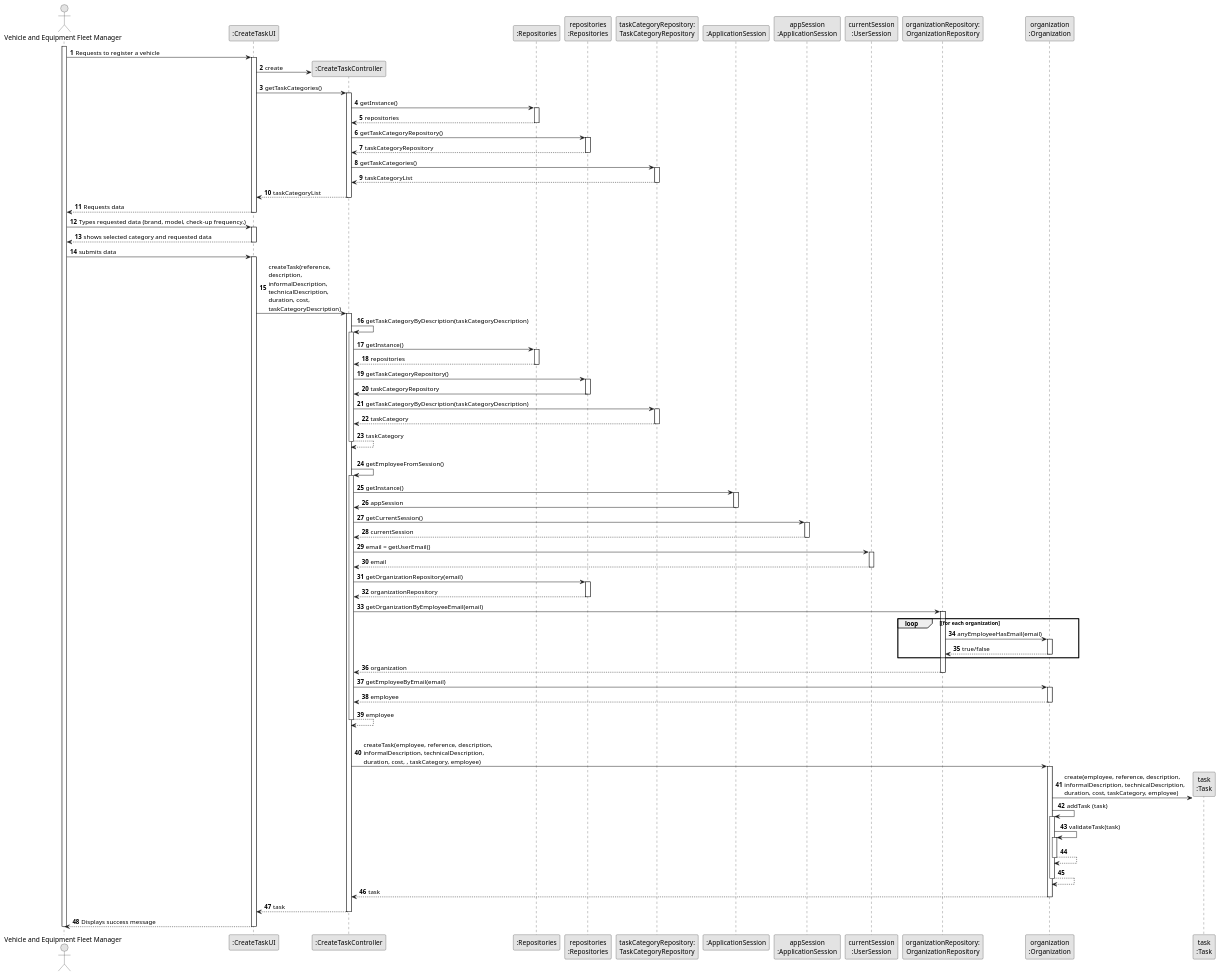
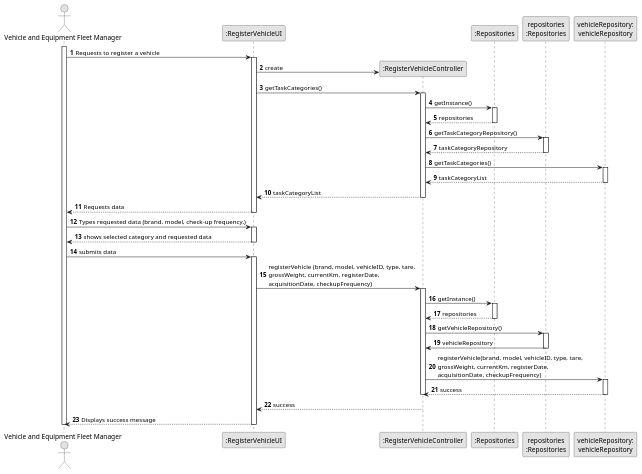
Before and after one commit to Departamento-de-Engenharia-Informatica/lei-24-s2-1df-1de-g063: the diagram in docs/sprint B/us006/03.design/puml/us006-sequence-diagram-full.puml, drawn with PlantUML.

Commit message:
atualizaçoes SD US006

```diff
--- a/docs/sprint B/us006/03.design/puml/us006-sequence-diagram-full.puml
+++ b/docs/sprint B/us006/03.design/puml/us006-sequence-diagram-full.puml
@@ -1,175 +1,100 @@
 @startuml
 skinparam monochrome true
 skinparam packageStyle rectangle
 skinparam shadowing false
 
 autonumber
 
 'hide footbox
 actor "Vehicle and Equipment Fleet Manager" as ADM
-participant ":CreateTaskUI" as UI
-participant ":CreateTaskController" as CTRL
+participant ":RegisterVehicleUI" as UI
+participant ":RegisterVehicleController" as CTRL
 participant ":Repositories" as RepositorySingleton
 participant "repositories\n:Repositories" as PLAT
-participant "taskCategoryRepository:\nTaskCategoryRepository" as TaskCategoryRepository
-participant ":ApplicationSession" as _APP
-participant "appSession\n:ApplicationSession" as APP
-participant "currentSession\n:UserSession" as SESSAO
-participant "organizationRepository:\nOrganizationRepository" as OrganizationRepository
-participant "organization\n:Organization" as ORG
-participant "task\n:Task" as TAREFA
+participant "vehicleRepository:\nvehicleRepository" as TaskCategoryRepository
+
 
 activate ADM
 
         ADM -> UI : Requests to register a vehicle
 
         activate UI
 
 '            UI --> ADM : requests data (reference, description,  informal \n description, technical description, duration, cost)
             'create CTRL
             UI -> CTRL** : create
 
             UI -> CTRL : getTaskCategories()
             activate CTRL
 
                 CTRL -> RepositorySingleton : getInstance()
                 activate RepositorySingleton
 
                     RepositorySingleton --> CTRL: repositories
                 deactivate RepositorySingleton
 
                 CTRL -> PLAT : getTaskCategoryRepository()
                 activate PLAT
 
                     PLAT --> CTRL: taskCategoryRepository
                 deactivate PLAT
 
                 CTRL -> TaskCategoryRepository : getTaskCategories()
                 activate TaskCategoryRepository
 
                     TaskCategoryRepository --> CTRL : taskCategoryList
                 deactivate TaskCategoryRepository
 
                 CTRL --> UI : taskCategoryList
             deactivate CTRL
 
             UI --> ADM : Requests data
         deactivate UI
 
 
     ADM -> UI : Types requested data (brand, model, check-up frequency,)
     activate UI
 
         UI --> ADM : shows selected category and requested data
     deactivate UI
 
     ADM -> UI : submits data
     activate UI
 
-        UI -> CTRL : createTask(reference,\ndescription,\ninformalDescription,\ntechnicalDescription,\nduration, cost,\ntaskCategoryDescription)
+        UI -> CTRL : registerVehicle (brand, model, vehicleID, type, tare,\ngrossWeight, currentKm, registerDate, \nacquisitionDate, checkupFrequency)
         activate CTRL
 
-            CTRL -> CTRL : getTaskCategoryByDescription(taskCategoryDescription)
-            activate CTRL
+
 
                 CTRL -> RepositorySingleton : getInstance()
                 activate RepositorySingleton
 
                     RepositorySingleton --> CTRL: repositories
                 deactivate RepositorySingleton
 
-                CTRL -> PLAT : getTaskCategoryRepository()
+                CTRL -> PLAT : getVehicleRepository()
                 activate PLAT
 
-                    PLAT -> CTRL : taskCategoryRepository
+                    PLAT -> CTRL : vehicleRepository
                 deactivate PLAT
 
-                CTRL -> TaskCategoryRepository : getTaskCategoryByDescription(taskCategoryDescription)
+                CTRL -> TaskCategoryRepository : registerVehicle(brand, model, vehicleID, type, tare,\ngrossWeight, currentKm, registerDate, \nacquisitionDate, checkupFrequency)
                 activate TaskCategoryRepository
 
-                    TaskCategoryRepository --> CTRL : taskCategory
+                    TaskCategoryRepository --> CTRL : success
                 deactivate TaskCategoryRepository
-                    CTRL --> CTRL : taskCategory
+
             deactivate CTRL
 
-            |||
-            CTRL -> CTRL : getEmployeeFromSession()
-            activate CTRL
-
-                CTRL -> _APP: getInstance()
-                activate _APP
-                    _APP -> CTRL: appSession
-                deactivate _APP
 
 
-                CTRL -> APP: getCurrentSession()
-                activate APP
-
-                    APP --> CTRL: currentSession
-                deactivate APP
-
-                CTRL -> SESSAO: email = getUserEmail()
-                activate SESSAO
-
-                    SESSAO --> CTRL: email
-                deactivate SESSAO
 
 
-                CTRL -> PLAT: getOrganizationRepository(email)
-                activate PLAT
-
-                    PLAT --> CTRL: organizationRepository
-                deactivate PLAT
-
-
-                CTRL -> OrganizationRepository: getOrganizationByEmployeeEmail(email)
-                activate OrganizationRepository
-
-                    loop [for each organization
-                        OrganizationRepository -> ORG : anyEmployeeHasEmail(email)
-                        activate ORG
-
-                             ORG --> OrganizationRepository : true/false
-                        deactivate ORG
-                    end
-                    OrganizationRepository --> CTRL : organization
-                deactivate OrganizationRepository
-
-                CTRL -> ORG: getEmployeeByEmail(email)
-                activate ORG
-
-                    ORG --> CTRL : employee
-                deactivate ORG
-
-                CTRL --> CTRL : employee
-            deactivate CTRL
-
-            |||
-            CTRL -> ORG: createTask(employee, reference, description,\ninformalDescription, technicalDescription,\nduration, cost, , taskCategory, employee)
-            activate ORG
-
-                ORG -> TAREFA**: create(employee, reference, description,\ninformalDescription, technicalDescription,\nduration, cost, taskCategory, employee)
-                ORG -> ORG: addTask (task)
-
-
-                activate ORG
-                    ORG -> ORG: validateTask(task)
-                    activate ORG
-                        ORG --> ORG
-                    deactivate ORG
-
-                    ORG --> ORG
-                deactivate ORG
-
-                ORG --> CTRL : task
-
-            deactivate ORG
-
-            CTRL --> UI: task
+            CTRL --> UI: success
             deactivate CTRL
             UI --> ADM: Displays success message
     deactivate UI
 
 deactivate ADM
 
 @enduml
```
